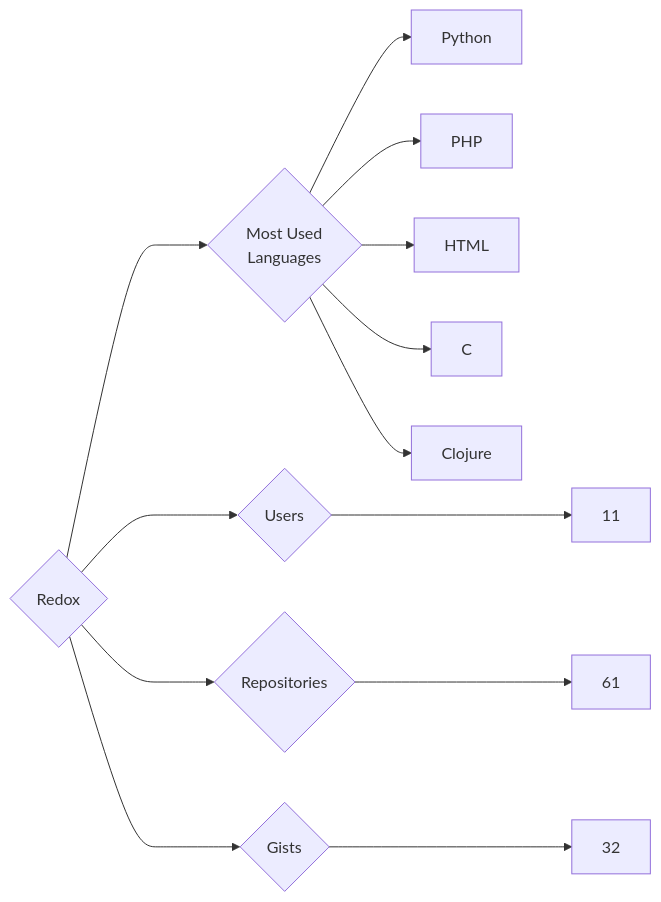
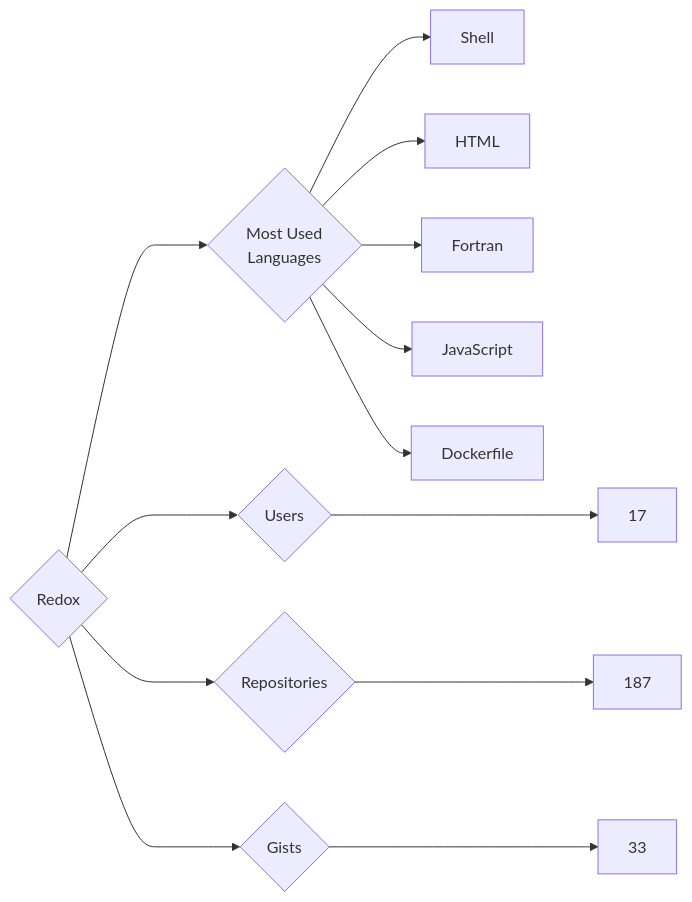
Before and after one commit to trickest/insiders: the diagram in targets/Redox/README.md, drawn with Mermaid. The commit also changed 835 other files, not shown here.

````diff
--- a/targets/Redox/README.md
+++ b/targets/Redox/README.md
@@ -3,13 +3,13 @@
 ```mermaid
 graph LR
 COMPANY_NAME{Redox}
-COMPANY_NAME ---> U{Users} ---> UN[11]
-COMPANY_NAME ---> R{Repositories} ---> RN[61]
-COMPANY_NAME ---> G{Gists} ---> GN[32]
+COMPANY_NAME ---> U{Users} ---> UN[17]
+COMPANY_NAME ---> R{Repositories} ---> RN[187]
+COMPANY_NAME ---> G{Gists} ---> GN[33]
 COMPANY_NAME ---> ML{Most Used<br>Languages}
-ML --> Python[Python]
-ML --> PHP[PHP]
+ML --> Shell[Shell]
 ML --> HTML[HTML]
-ML --> C[C]
-ML --> Clojure[Clojure]
+ML --> Fortran[Fortran]
+ML --> JavaScript[JavaScript]
+ML --> Dockerfile[Dockerfile]
 ```
````
